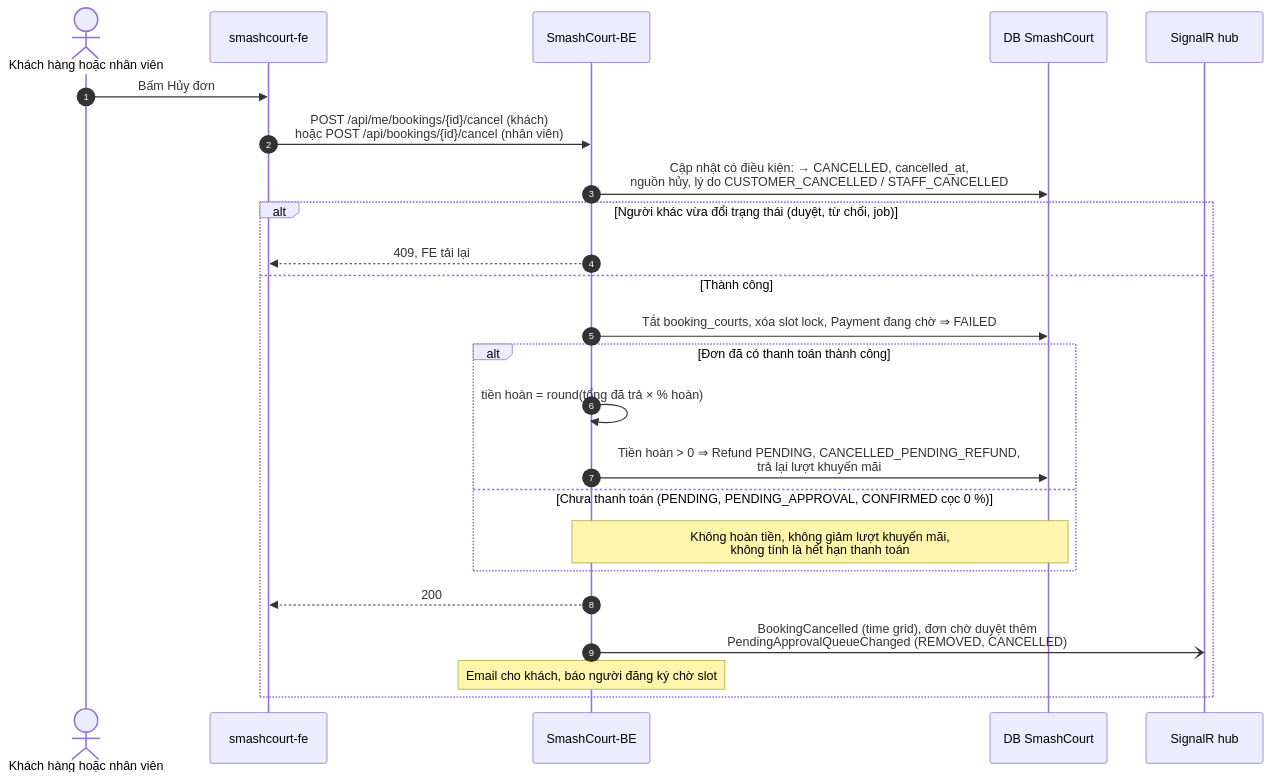
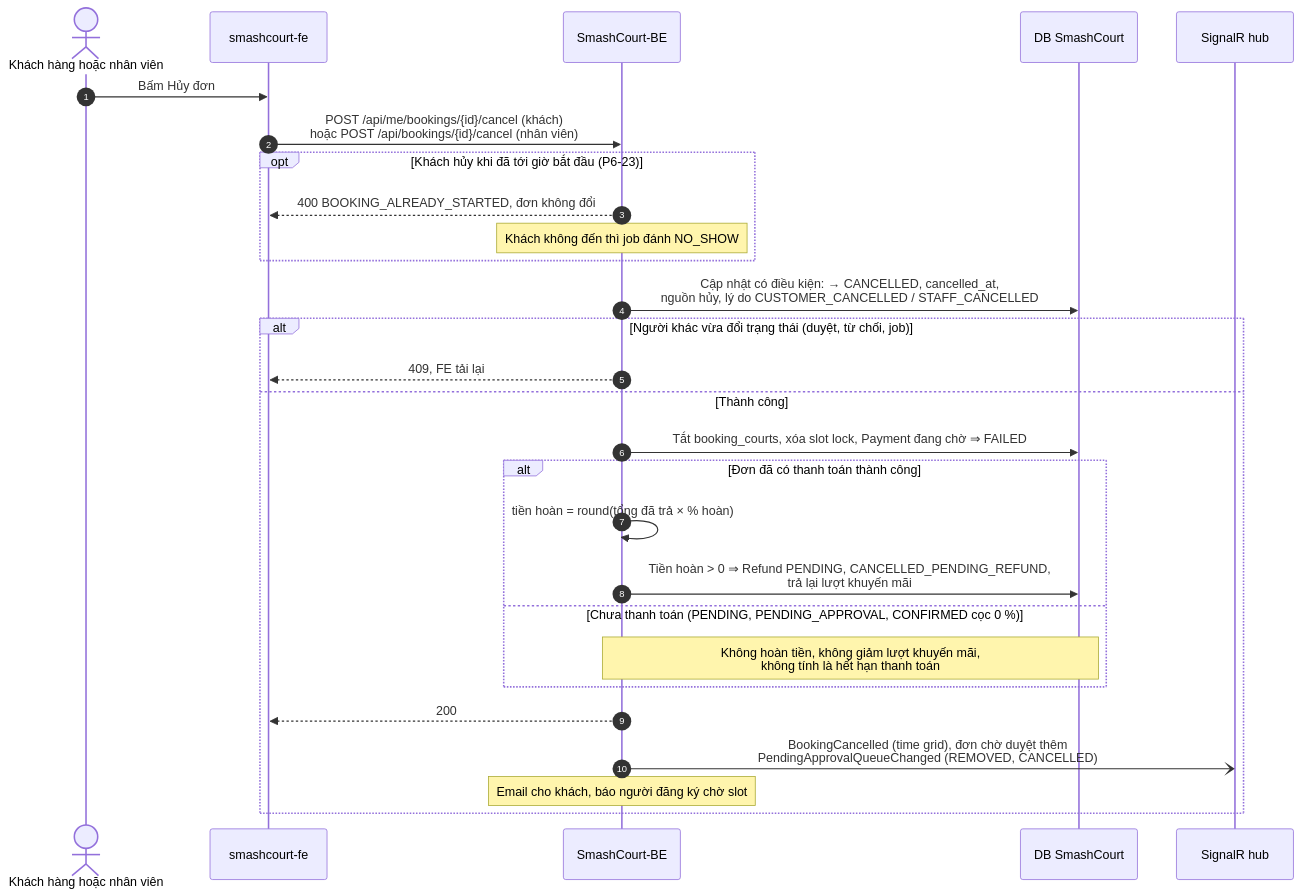
The sixth of 6 diagrams in docs/report/SEQUENCE_DIAGRAMS.md (NguyenThanhTrung-N2T/TrustworthyAdaptiveDecisionSupportSystem-TADSS), drawn with Mermaid before and after one commit. The commit also changed other lines of this file and 6 other files, not shown here.

````diff
--- a/docs/report/SEQUENCE_DIAGRAMS.md
+++ b/docs/report/SEQUENCE_DIAGRAMS.md
@@ -283,27 +283,31 @@
 ```mermaid
 sequenceDiagram
     autonumber
     actor C as Khách hàng hoặc nhân viên
     participant FE as smashcourt-fe
     participant BE as SmashCourt-BE
     participant DB as DB SmashCourt
     participant H as SignalR hub
 
     C->>FE: Bấm Hủy đơn
     FE->>BE: POST /api/me/bookings/{id}/cancel (khách)<br/>hoặc POST /api/bookings/{id}/cancel (nhân viên)
+    opt Khách hủy khi đã tới giờ bắt đầu (P6-23)
+        BE-->>FE: 400 BOOKING_ALREADY_STARTED, đơn không đổi
+        Note over BE: Khách không đến thì job đánh NO_SHOW
+    end
     BE->>DB: Cập nhật có điều kiện: → CANCELLED, cancelled_at,<br/>nguồn hủy, lý do CUSTOMER_CANCELLED / STAFF_CANCELLED
     alt Người khác vừa đổi trạng thái (duyệt, từ chối, job)
         BE-->>FE: 409, FE tải lại
     else Thành công
         BE->>DB: Tắt booking_courts, xóa slot lock, Payment đang chờ ⇒ FAILED
         alt Đơn đã có thanh toán thành công
             BE->>BE: tiền hoàn = round(tổng đã trả × % hoàn)
             BE->>DB: Tiền hoàn > 0 ⇒ Refund PENDING, CANCELLED_PENDING_REFUND,<br/>trả lại lượt khuyến mãi
         else Chưa thanh toán (PENDING, PENDING_APPROVAL, CONFIRMED cọc 0 %)
             Note over BE,DB: Không hoàn tiền, không giảm lượt khuyến mãi,<br/>không tính là hết hạn thanh toán
         end
         BE-->>FE: 200
         BE-)H: BookingCancelled (time grid), đơn chờ duyệt thêm<br/>PendingApprovalQueueChanged (REMOVED, CANCELLED)
         Note over BE: Email cho khách, báo người đăng ký chờ slot
     end
 ```
````
